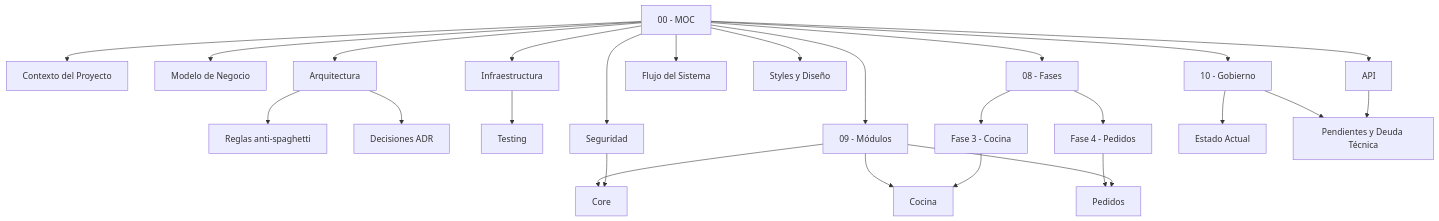
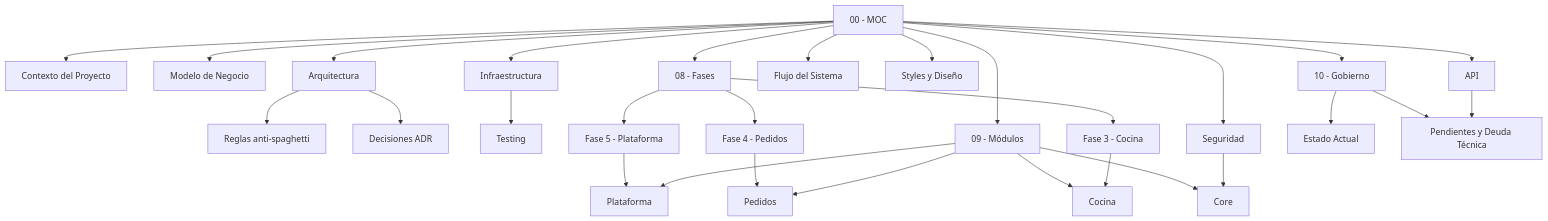
Before and after one commit to Giands96/servidOS-front: the diagram in notes/00 - MOC.md, drawn with Mermaid. The commit also changed other lines of this file and 6 other files, not shown here.

````diff
--- a/notes/00 - MOC.md
+++ b/notes/00 - MOC.md
@@ -58,28 +61,31 @@
 ```mermaid
 graph TD
     MOC[00 - MOC] --> Ctx[Contexto del Proyecto]
     MOC --> Neg[Modelo de Negocio]
     MOC --> Arq[Arquitectura]
     Arq --> Anti[Reglas anti-spaghetti]
     Arq --> ADR[Decisiones ADR]
     MOC --> Infra[Infraestructura]
     Infra --> Test[Testing]
     MOC --> Seg[Seguridad]
     MOC --> API[API]
     MOC --> Flujo[Flujo del Sistema]
     MOC --> Sty[Styles y Diseño]
     MOC --> Fases[08 - Fases]
     MOC --> Mods[09 - Módulos]
     Mods --> Core
     Mods --> Cocina
     Fases --> F3[Fase 3 - Cocina]
     F3 --> Cocina
     Fases --> F4[Fase 4 - Pedidos]
     F4 --> Pedidos
+    Fases --> F5[Fase 5 - Plataforma]
+    F5 --> Plataforma
     Mods --> Pedidos
+    Mods --> Plataforma
     MOC --> Gob[10 - Gobierno]
     Gob --> Estado[Estado Actual]
     Gob --> Pend[Pendientes y Deuda Técnica]
     Seg --> Core
     API --> Pend
 ```
````
